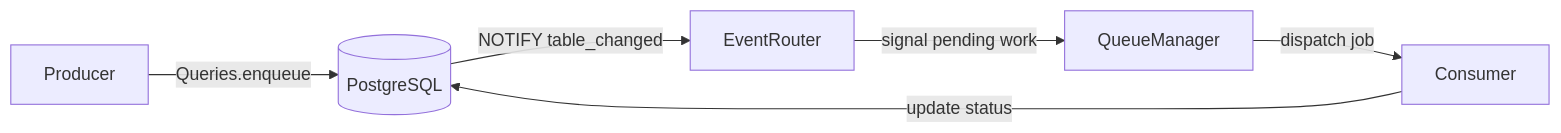
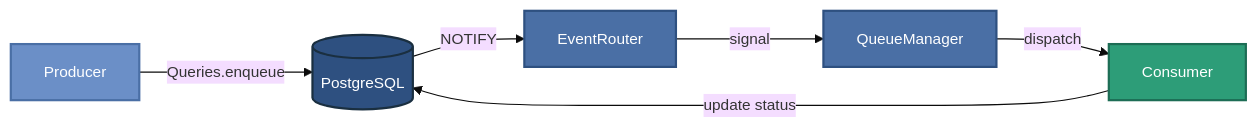
The first of 3 diagrams in docs/reference/architecture.md (janbjorge/pgqueuer), drawn with Mermaid before and after one commit. The commit also changed other lines of this file and 2 other files, not shown here.

Commit message:
docs: unify all Mermaid diagrams to consistent style
All 5 diagrams now share the same template:
- %%{init: {'theme': 'base', 'themeVariables': {'fontSize': '14px', 'fontFamily': 'Inter, sans-serif'}}}%%
- No htmlLabels (avoids hexagon rendering bugs)
- No HTML tags or emoji inside node labels
- No hexagon {{...}} nodes
- Plain edge labels for branching
- Same color palette and 2px stroke widths across all diagrams:
  #6B8FC7 light blue  — initial/producer
  #4A6FA5 brand blue  — active/processing
  #2E5080 dark blue   — database
  #2D9D78 teal        — success
  #C1666B muted red   — error/exception
  #D4A240 amber       — canceled

````diff
--- a/docs/reference/architecture.md
+++ b/docs/reference/architecture.md
@@ -9,14 +9,25 @@
 ```mermaid
+%%{init: {'theme': 'base', 'themeVariables': {'fontSize': '14px', 'fontFamily': 'Inter, sans-serif'}}}%%
 flowchart LR
     P[Producer]
     DB[(PostgreSQL)]
     R[EventRouter]
     QM[QueueManager]
     C[Consumer]
 
-    P -- "Queries.enqueue" --> DB
-    DB -- "NOTIFY table_changed" --> R
-    R -- "signal pending work" --> QM
-    QM -- "dispatch job" --> C
-    C -- "update status" --> DB
+    P -->|Queries.enqueue| DB
+    DB -->|NOTIFY| R
+    R -->|signal| QM
+    QM -->|dispatch| C
+    C -->|update status| DB
+
+    classDef producer fill:#6B8FC7,stroke:#4A6FA5,stroke-width:2px,color:#fff
+    classDef database fill:#2E5080,stroke:#1a2f40,stroke-width:2px,color:#fff
+    classDef router  fill:#4A6FA5,stroke:#2E5080,stroke-width:2px,color:#fff
+    classDef consumer fill:#2D9D78,stroke:#1d6d55,stroke-width:2px,color:#fff
+
+    class P producer
+    class DB database
+    class R,QM router
+    class C consumer
 ```
````
